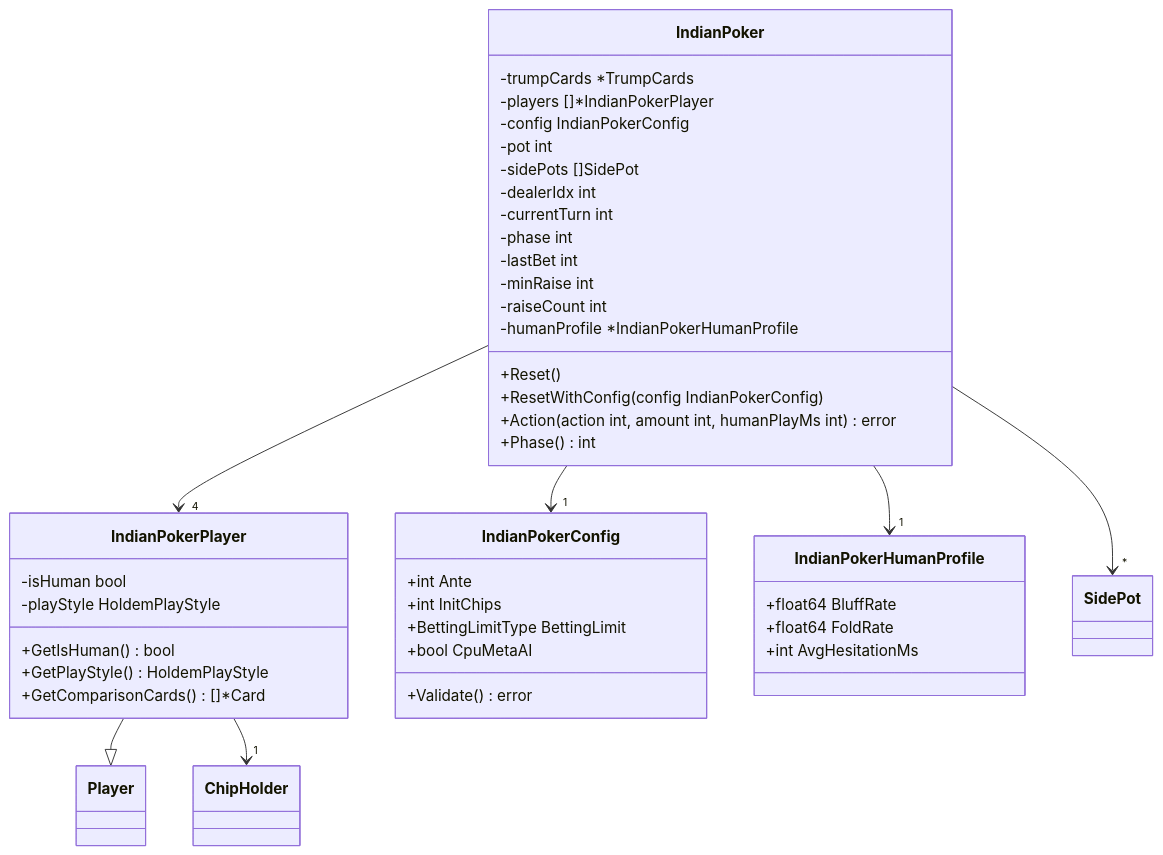
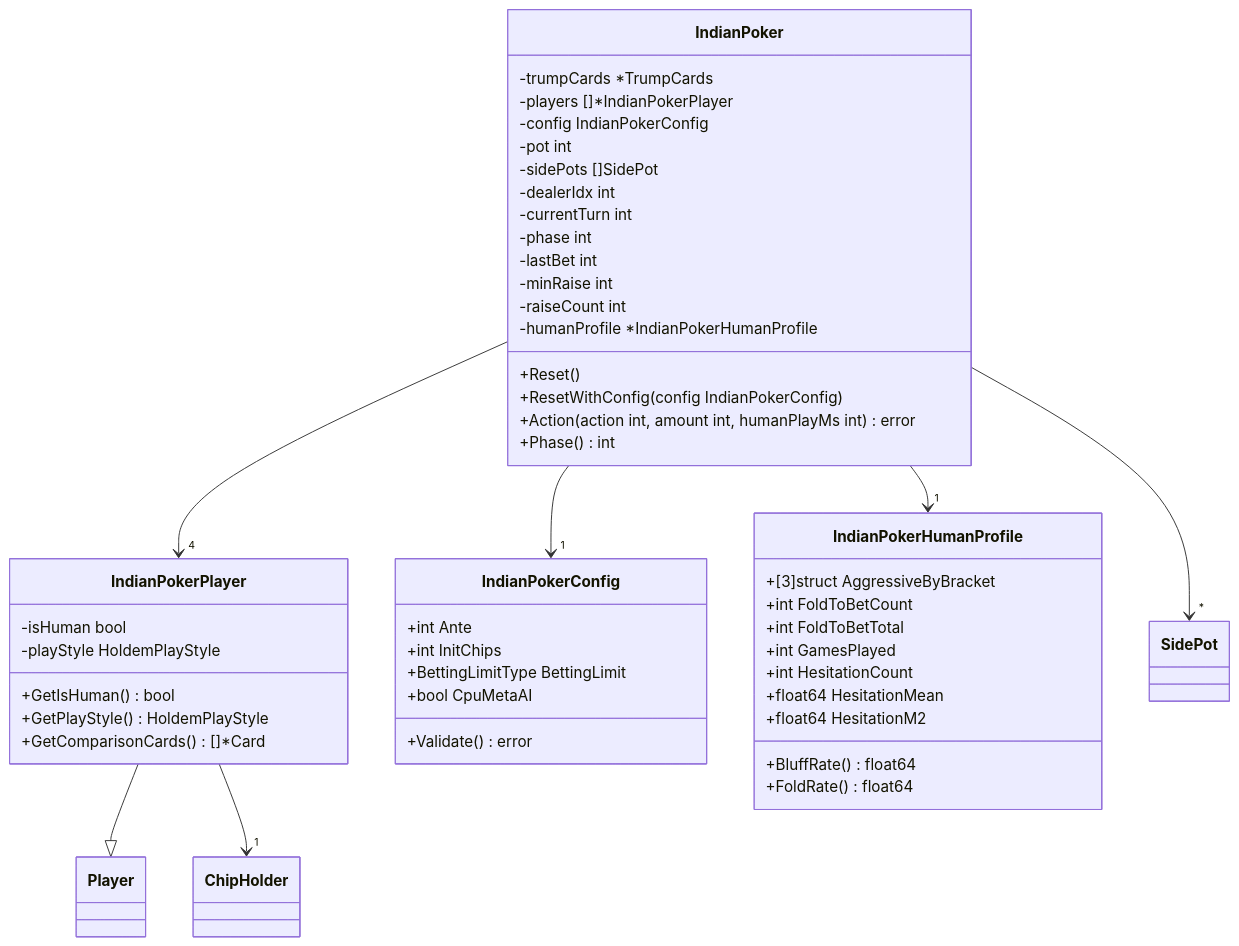
One commit to yuta-yoshinaga/go_trumpcards changed the fifth of 35 diagrams in docs/design/backend.md. Above: the diagram before and after it, drawn with Mermaid. The commit also changed other lines of this file and 3 other files, not shown here.

````diff
--- a/docs/design/backend.md
+++ b/docs/design/backend.md
@@ -456,50 +456,56 @@
 ```mermaid
 classDiagram
     class IndianPoker {
         -trumpCards *TrumpCards
         -players []*IndianPokerPlayer
         -config IndianPokerConfig
         -pot int
         -sidePots []SidePot
         -dealerIdx int
         -currentTurn int
         -phase int
         -lastBet int
         -minRaise int
         -raiseCount int
         -humanProfile *IndianPokerHumanProfile
         +Reset()
         +ResetWithConfig(config IndianPokerConfig)
         +Action(action int, amount int, humanPlayMs int) error
         +Phase() int
     }
 
     class IndianPokerPlayer {
         -isHuman bool
         -playStyle HoldemPlayStyle
         +GetIsHuman() bool
         +GetPlayStyle() HoldemPlayStyle
         +GetComparisonCards() []*Card
     }
 
     class IndianPokerConfig {
         +int Ante
         +int InitChips
         +BettingLimitType BettingLimit
         +bool CpuMetaAI
         +Validate() error
     }
 
     class IndianPokerHumanProfile {
-        +float64 BluffRate
-        +float64 FoldRate
-        +int AvgHesitationMs
+        +[3]struct AggressiveByBracket
+        +int FoldToBetCount
+        +int FoldToBetTotal
+        +int GamesPlayed
+        +int HesitationCount
+        +float64 HesitationMean
+        +float64 HesitationM2
+        +BluffRate() float64
+        +FoldRate() float64
     }
 
     IndianPoker --> "4" IndianPokerPlayer
     IndianPoker --> "1" IndianPokerConfig
     IndianPoker --> "*" SidePot
     IndianPoker --> "1" IndianPokerHumanProfile
     IndianPokerPlayer --|> Player
     IndianPokerPlayer --> "1" ChipHolder
 ```
````
